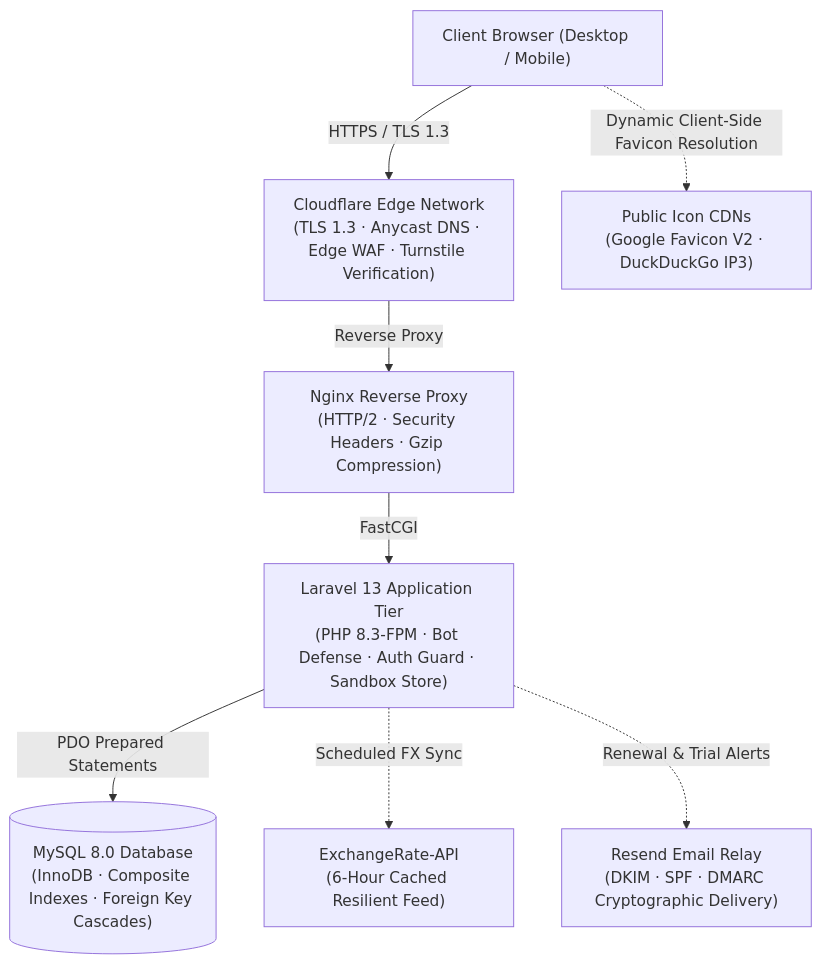
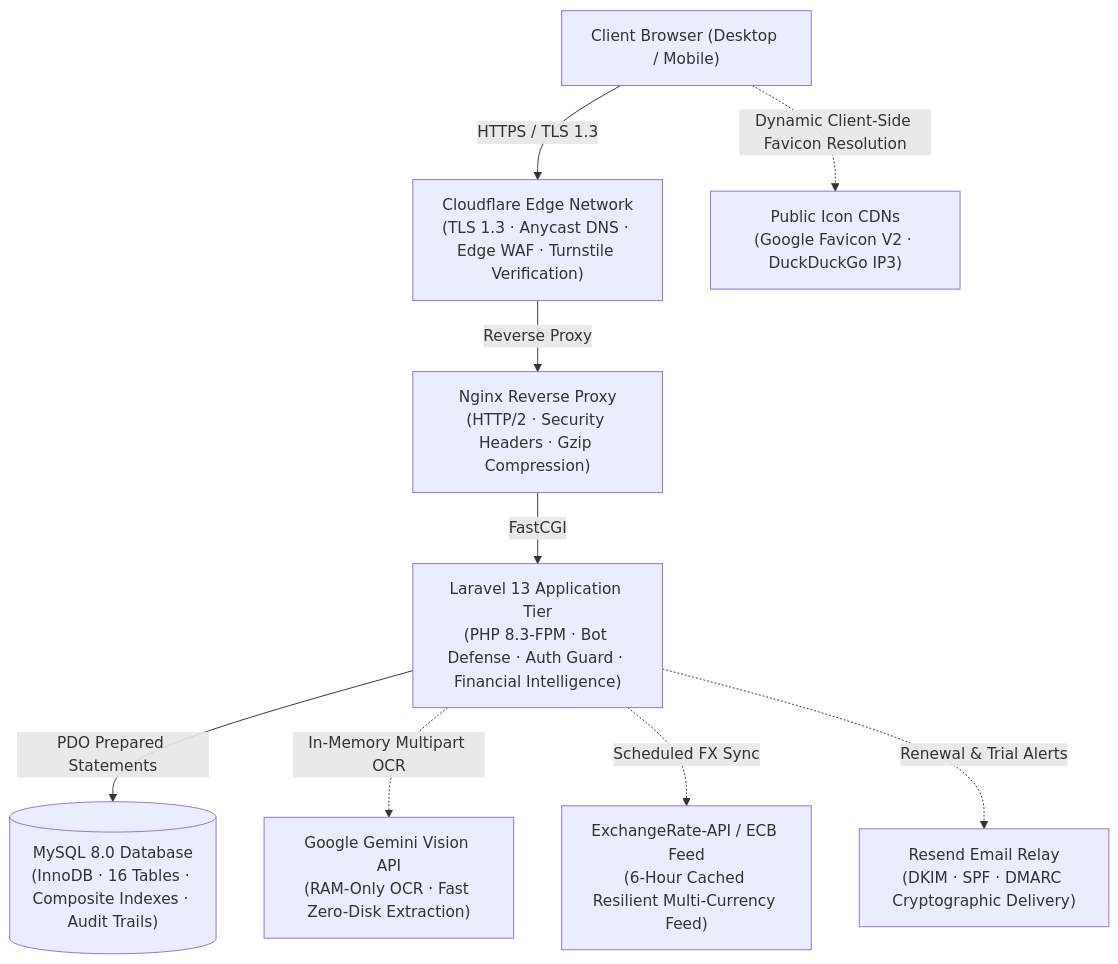
Before and after one commit to osman-builds/digital-subscription-tracker: the diagram in README.md, drawn with Mermaid. The commit also changed other lines of this file and 4 other files, not shown here.

````diff
--- a/README.md
+++ b/README.md
@@ -33,19 +34,21 @@
 ```mermaid
 flowchart TD
     Client["Client Browser (Desktop / Mobile)"]
     CF["Cloudflare Edge Network\n(TLS 1.3 · Anycast DNS · Edge WAF · Turnstile Verification)"]
     Nginx["Nginx Reverse Proxy\n(HTTP/2 · Security Headers · Gzip Compression)"]
-    App["Laravel 13 Application Tier\n(PHP 8.3-FPM · Bot Defense · Auth Guard · Sandbox Store)"]
-    DB[("MySQL 8.0 Database\n(InnoDB · Composite Indexes · Foreign Key Cascades)")]
-    FX["ExchangeRate-API\n(6-Hour Cached Resilient Feed)"]
+    App["Laravel 13 Application Tier\n(PHP 8.3-FPM · Bot Defense · Auth Guard · Financial Intelligence)"]
+    DB[("MySQL 8.0 Database\n(InnoDB · 16 Tables · Composite Indexes · Audit Trails)")]
+    Gemini["Google Gemini Vision API\n(RAM-Only OCR · Fast Zero-Disk Extraction)"]
+    FX["ExchangeRate-API / ECB Feed\n(6-Hour Cached Resilient Multi-Currency Feed)"]
     Email["Resend Email Relay\n(DKIM · SPF · DMARC Cryptographic Delivery)"]
     IconCDN["Public Icon CDNs\n(Google Favicon V2 · DuckDuckGo IP3)"]
 
     Client -->|HTTPS / TLS 1.3| CF
     CF -->|Reverse Proxy| Nginx
     Nginx -->|FastCGI| App
     App -->|PDO Prepared Statements| DB
+    App -.->|In-Memory Multipart OCR| Gemini
     App -.->|Scheduled FX Sync| FX
     App -.->|Renewal & Trial Alerts| Email
     Client -.->|Dynamic Client-Side Favicon Resolution| IconCDN
 ```
````
